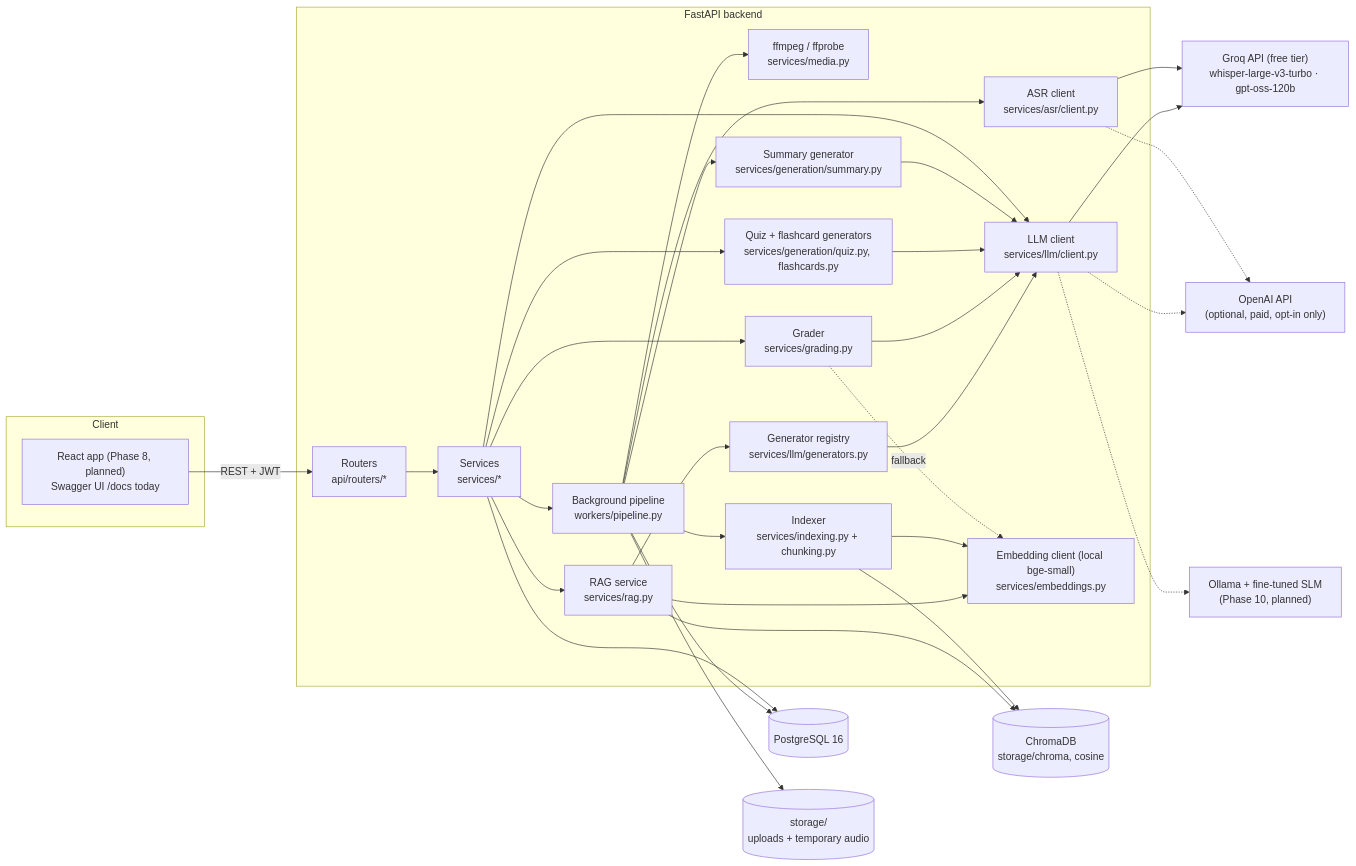
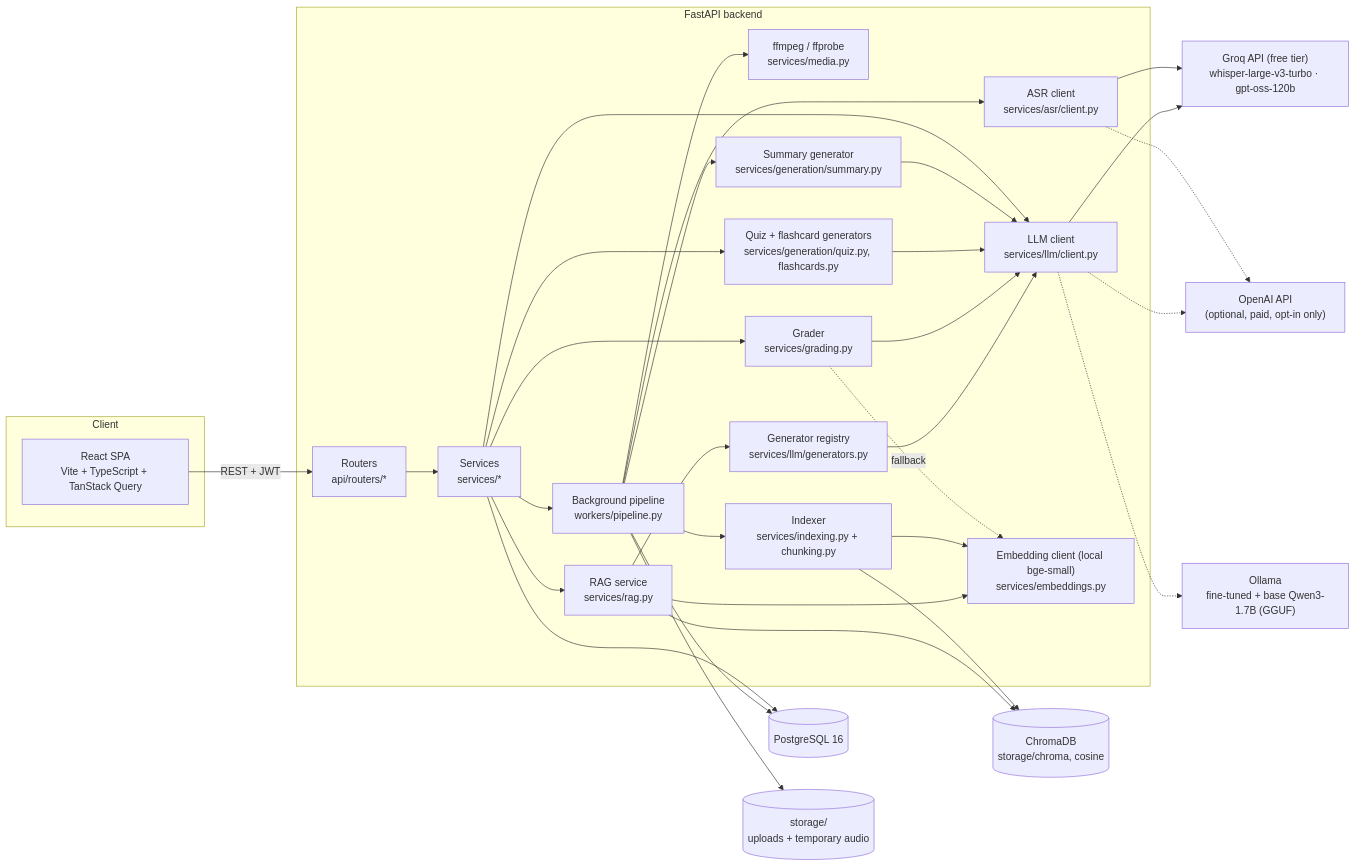
The first of 5 diagrams in docs/architecture.md (pranavshinde16/AI-study-buddy), drawn with Mermaid before and after one commit. The commit also changed other lines of this file and 35 other files, not shown here.

````diff
--- a/docs/architecture.md
+++ b/docs/architecture.md
@@ -7,44 +11,44 @@
 ```mermaid
 flowchart LR
   subgraph Client
-    FE["React app (Phase 8, planned)<br/>Swagger UI /docs today"]
+    FE["React SPA<br/>Vite + TypeScript + TanStack Query"]
   end
   subgraph Backend["FastAPI backend"]
     R["Routers<br/>api/routers/*"] --> S["Services<br/>services/*"]
     S --> P["Background pipeline<br/>workers/pipeline.py"]
     S --> LLM["LLM client<br/>services/llm/client.py"]
     P --> ASR["ASR client<br/>services/asr/client.py"]
     P --> MED["ffmpeg / ffprobe<br/>services/media.py"]
     P --> GEN["Summary generator<br/>services/generation/summary.py"]
     GEN --> LLM
     S --> QG["Quiz + flashcard generators<br/>services/generation/quiz.py, flashcards.py"]
     QG --> LLM
     S --> GR["Grader<br/>services/grading.py"]
     GR --> LLM
     GR -. fallback .-> EMB["Embedding client (local bge-small)<br/>services/embeddings.py"]
     P --> IDX["Indexer<br/>services/indexing.py + chunking.py"]
     IDX --> EMB
     S --> RAG["RAG service<br/>services/rag.py"]
     RAG --> EMB
     RAG --> REG["Generator registry<br/>services/llm/generators.py"]
     REG --> LLM
   end
   DB[("PostgreSQL 16")]
   FS[("storage/<br/>uploads + temporary audio")]
   GROQ["Groq API (free tier)<br/>whisper-large-v3-turbo · gpt-oss-120b"]
   OAI["OpenAI API<br/>(optional, paid, opt-in only)"]
-  OLL["Ollama + fine-tuned SLM<br/>(Phase 10, planned)"]
+  OLL["Ollama<br/>fine-tuned + base Qwen3-1.7B (GGUF)"]
   CH[("ChromaDB<br/>storage/chroma, cosine")]
 
   FE -- "REST + JWT" --> R
   S --> DB
   P --> DB
   P --> FS
   ASR --> GROQ
   LLM --> GROQ
   ASR -.-> OAI
   LLM -.-> OAI
   LLM -.-> OLL
   IDX --> CH
   RAG --> CH
 ```
````
